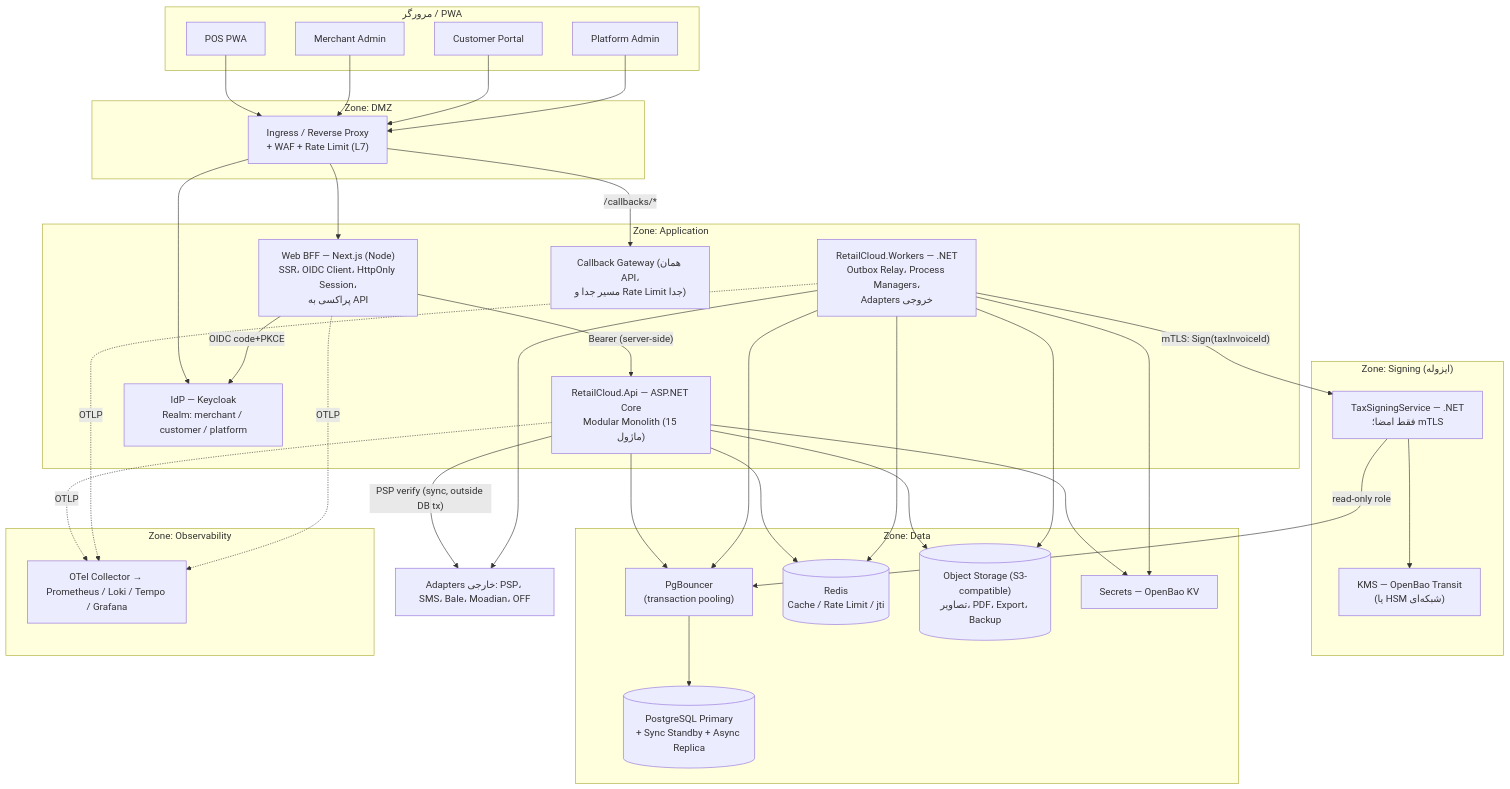
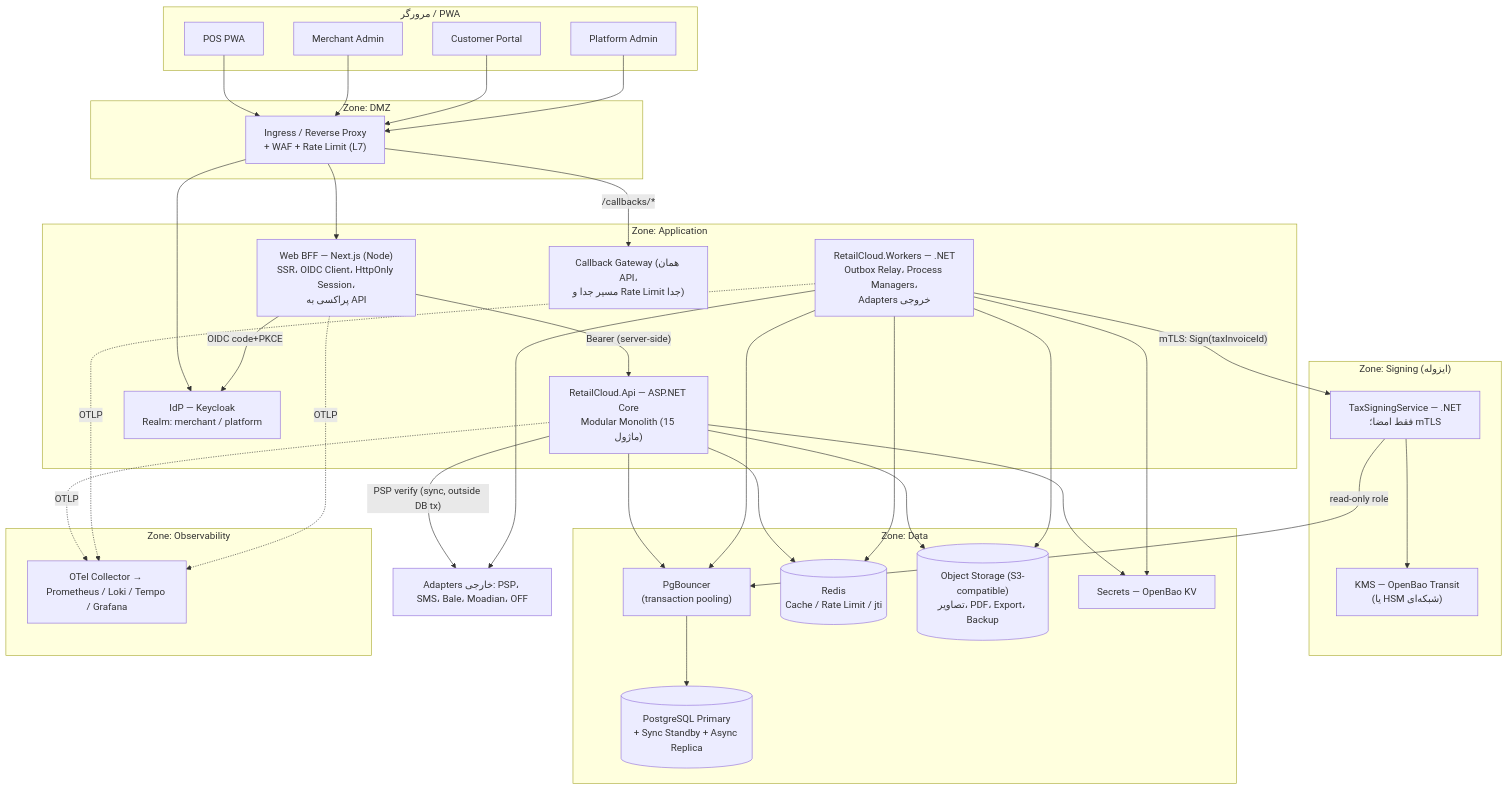
The second of 4 diagrams in docs/01-architecture/D04-Architecture-C4.md (smasoudpardis-wq/sabaddar.ir), drawn with Mermaid before and after one commit. The commit also changed other lines of this file and 47 other files, not shown here.

````diff
--- a/docs/01-architecture/D04-Architecture-C4.md
+++ b/docs/01-architecture/D04-Architecture-C4.md
@@ -96,66 +96,66 @@
 ```mermaid
 flowchart TB
   subgraph Clients["مرورگر / PWA"]
     POSAPP["POS PWA"]
     MAPP["Merchant Admin"]
     CAPP["Customer Portal"]
     PAPP["Platform Admin"]
   end
 
   subgraph DMZ["Zone: DMZ"]
     LB["Ingress / Reverse Proxy<br/>+ WAF + Rate Limit (L7)"]
   end
 
   subgraph AppZone["Zone: Application"]
     WEB["Web BFF — Next.js (Node)<br/>SSR، OIDC Client، HttpOnly Session،<br/>پراکسی به API"]
     API["RetailCloud.Api — ASP.NET Core<br/>Modular Monolith (15 ماژول)"]
     WRK["RetailCloud.Workers — .NET<br/>Outbox Relay، Process Managers،<br/>Adapters خروجی"]
-    IDP["IdP — Keycloak<br/>Realm: merchant / customer / platform"]
+    IDP["IdP — Keycloak<br/>Realm: merchant / platform"]
     CBK["Callback Gateway (همان API،<br/>مسیر جدا و Rate Limit جدا)"]
   end
 
   subgraph SignZone["Zone: Signing (ایزوله)"]
     TSS["TaxSigningService — .NET<br/>فقط امضا؛ mTLS"]
     KMS["KMS — OpenBao Transit<br/>(یا HSM شبکه‌ای)"]
   end
 
   subgraph DataZone["Zone: Data"]
     PGB["PgBouncer<br/>(transaction pooling)"]
     PG[("PostgreSQL Primary<br/>+ Sync Standby + Async Replica")]
     RDS[("Redis<br/>Cache / Rate Limit / jti")]
     S3[("Object Storage (S3-compatible)<br/>تصاویر، PDF، Export، Backup")]
     VLT["Secrets — OpenBao KV"]
   end
 
   subgraph Obs["Zone: Observability"]
     OTEL["OTel Collector → Prometheus / Loki / Tempo / Grafana"]
   end
 
   EXT["Adapters خارجی: PSP، SMS، Bale، Moadian، OFF"]
 
   POSAPP --> LB
   MAPP --> LB
   CAPP --> LB
   PAPP --> LB
   LB --> WEB
   LB --> IDP
   LB -- "/callbacks/*" --> CBK
   WEB -- "Bearer (server-side)" --> API
   WEB -- "OIDC code+PKCE" --> IDP
   API --> PGB --> PG
   WRK --> PGB
   API --> RDS
   WRK --> RDS
   API --> S3
   WRK --> S3
   API --> VLT
   WRK --> VLT
   API -- "PSP verify (sync, outside DB tx)" --> EXT
   WRK --> EXT
   WRK -- "mTLS: Sign(taxInvoiceId)" --> TSS
   TSS --> KMS
   TSS -- "read-only role" --> PGB
   API -. "OTLP" .-> OTEL
   WRK -. "OTLP" .-> OTEL
   WEB -. "OTLP" .-> OTEL
 ```
````
